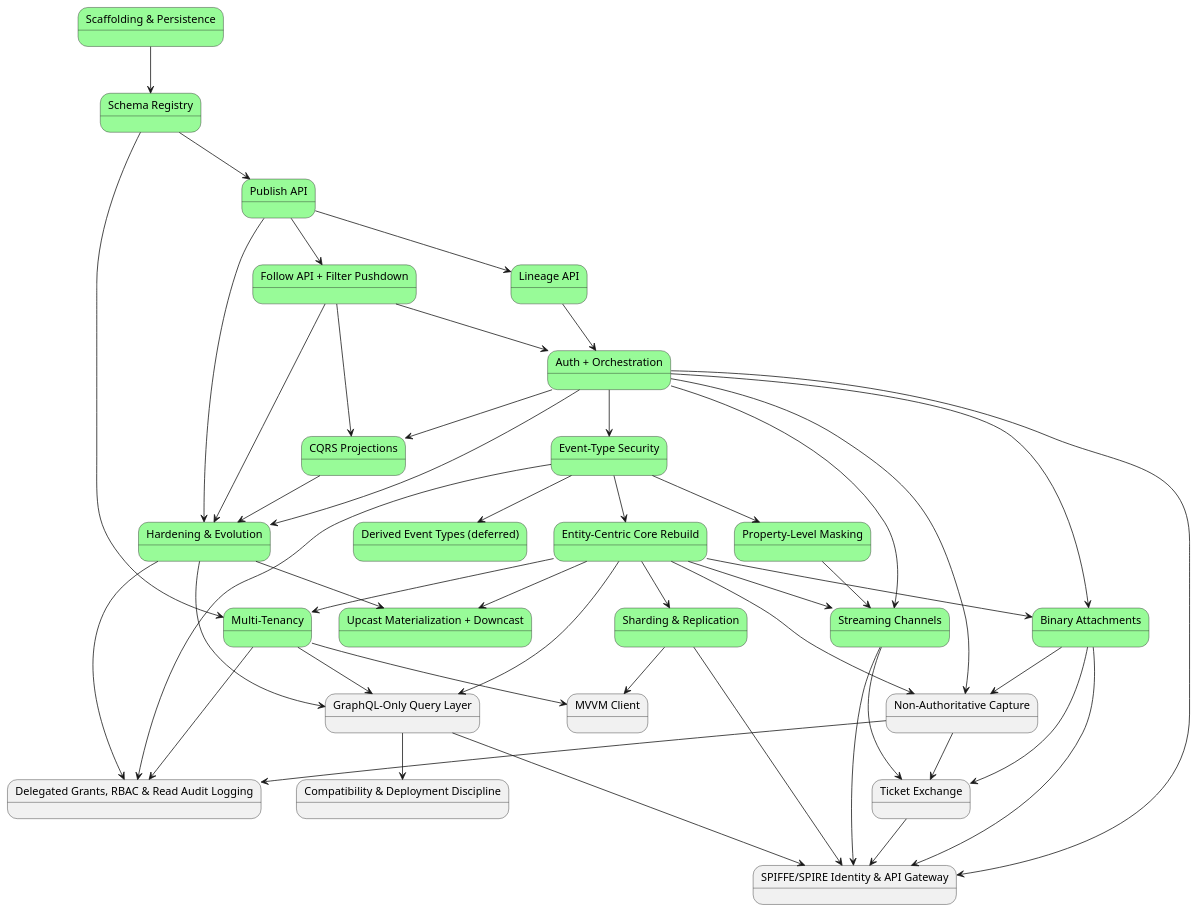
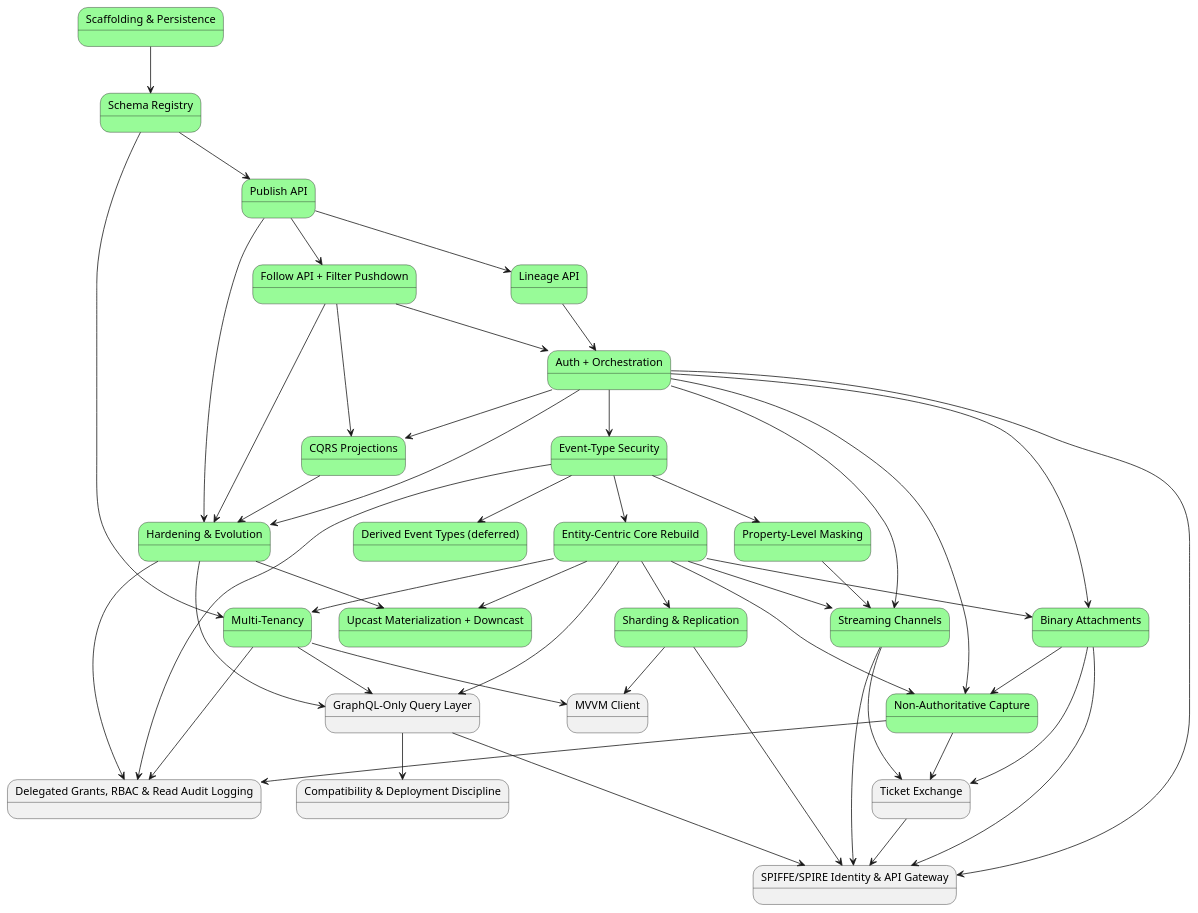
Before and after one commit to Mwwhited-BookLearning/EventSourcing: the first of 2 diagrams in docs/08-build-plan.md, drawn with PlantUML. The commit also changed other lines of this file and 27 other files, not shown here.

````diff
--- a/docs/08-build-plan.md
+++ b/docs/08-build-plan.md
@@ -156,77 +156,77 @@
 ```plantuml
 @startuml BuildPlan_CorePhases
 state "Scaffolding & Persistence" as p0 #palegreen
 state "Schema Registry" as p1 #palegreen
 state "Publish API" as p2 #palegreen
 state "Lineage API" as p3 #palegreen
 state "Follow API + Filter Pushdown" as p4 #palegreen
 state "Auth + Orchestration" as p5 #palegreen
 state "Event-Type Security" as p6 #palegreen
 state "Derived Event Types (deferred)" as p7 #palegreen
 state "Property-Level Masking" as p8 #palegreen
 state "CQRS Projections" as p9 #palegreen
 state "Hardening & Evolution" as p10 #palegreen
 state "Entity-Centric Core Rebuild" as p11 #palegreen
 state "Multi-Tenancy" as p12 #palegreen
 state "Upcast Materialization + Downcast" as p13 #palegreen
 state "Streaming Channels" as p14 #palegreen
 state "Binary Attachments" as p15 #palegreen
 state "Sharding & Replication" as p16 #palegreen
-state "Non-Authoritative Capture" as p17
+state "Non-Authoritative Capture" as p17 #palegreen
 state "GraphQL-Only Query Layer" as p18
 state "Compatibility & Deployment Discipline" as p19
 state "MVVM Client" as p20
 state "Ticket Exchange" as p21
 state "Delegated Grants, RBAC & Read Audit Logging" as p22
 state "SPIFFE/SPIRE Identity & API Gateway" as p23
 
 p0 --> p1
 p1 --> p2
 p2 --> p3
 p2 --> p4
 p3 --> p5
 p4 --> p5
 p5 --> p6
 p6 --> p7
 p6 --> p8
 p4 --> p9
 p5 --> p9
 p5 --> p10
 p2 --> p10
 p4 --> p10
 p9 --> p10
 p6 --> p11
 p1 --> p12
 p11 --> p12
 p10 --> p13
 p11 --> p13
 p5 --> p14
 p11 --> p14
 p8 --> p14
 p5 --> p15
 p11 --> p15
 p11 --> p16
 p11 --> p17
 p5 --> p17
 p15 --> p17
 p11 --> p18
 p12 --> p18
 p10 --> p18
 p18 --> p19
 p12 --> p20
 p16 --> p20
 p14 --> p21
 p15 --> p21
 p17 --> p21
 p17 --> p22
 p6 --> p22
 p12 --> p22
 p10 --> p22
 p5 --> p23
 p16 --> p23
 p14 --> p23
 p15 --> p23
 p18 --> p23
 p21 --> p23
 @enduml
 ```
````
